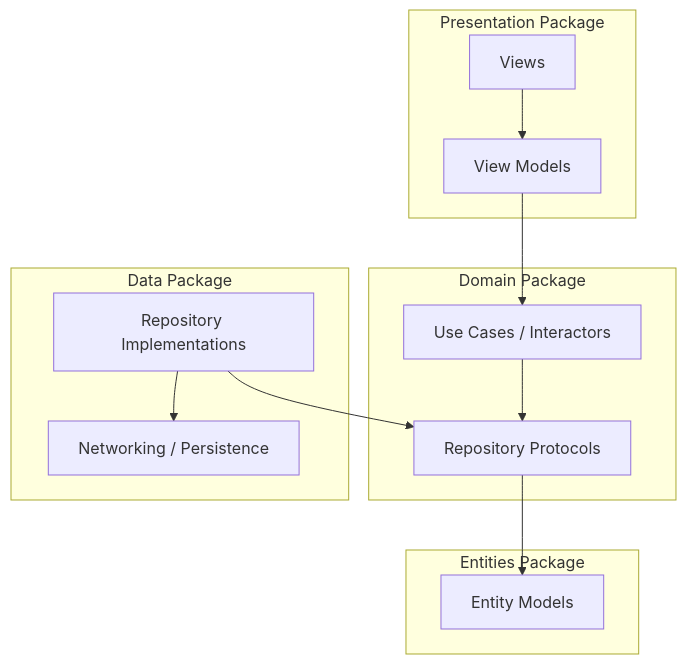
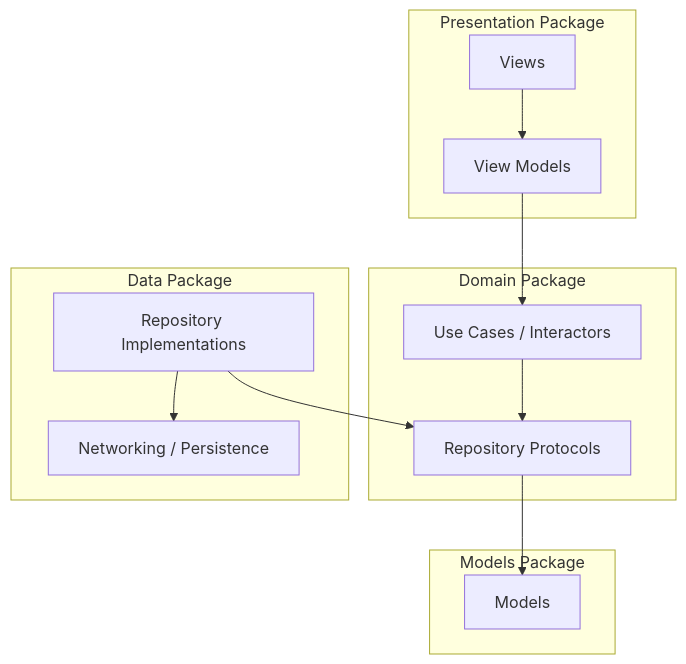
One commit to protonpass/ios-authenticator changed the diagram in README.md. Above: the diagram before and after it, drawn with Mermaid. The commit also changed other lines of this file and 4 other files, not shown here.

````diff
--- a/README.md
+++ b/README.md
@@ -40,36 +43,36 @@
 ```mermaid
 graph TD
     %% Define Layers
-    subgraph Entities [Entities Package]
-      E[Entity Models]
+    subgraph Models [Models Package]
+      E[Models]
     end
 
     subgraph Domain [Domain Package]
       D1[Repository Protocols]
       D2[Use Cases / Interactors]
     end
 
     subgraph Data [Data Package]
       DA[Repository Implementations]
       DB[Networking / Persistence]
     end
 
     subgraph Presentation [Presentation Package]
       P1[Views]
       P2[View Models]
     end
 
     %% Dependencies between layers
     D1 --> E         
-    %% Domain uses Entities
+    %% Domain uses Models
     D2 --> D1        
     %% Use Cases depend on Repository Protocols
     DA --> D1        
     %% Data layer implements Domain protocols
     DA --> DB       
     %% Data layer handles external data (API, DB)
     P2 --> D2        
     %% Presentation layer (View Models) uses Use Cases
     P1 --> P2        
     %% Views bind to View Models
 ```
````
